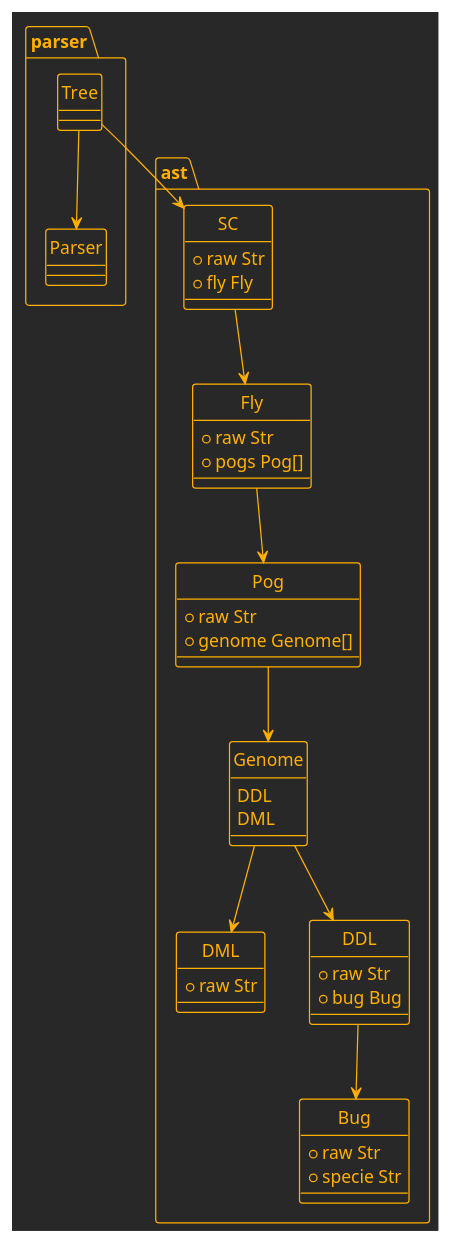
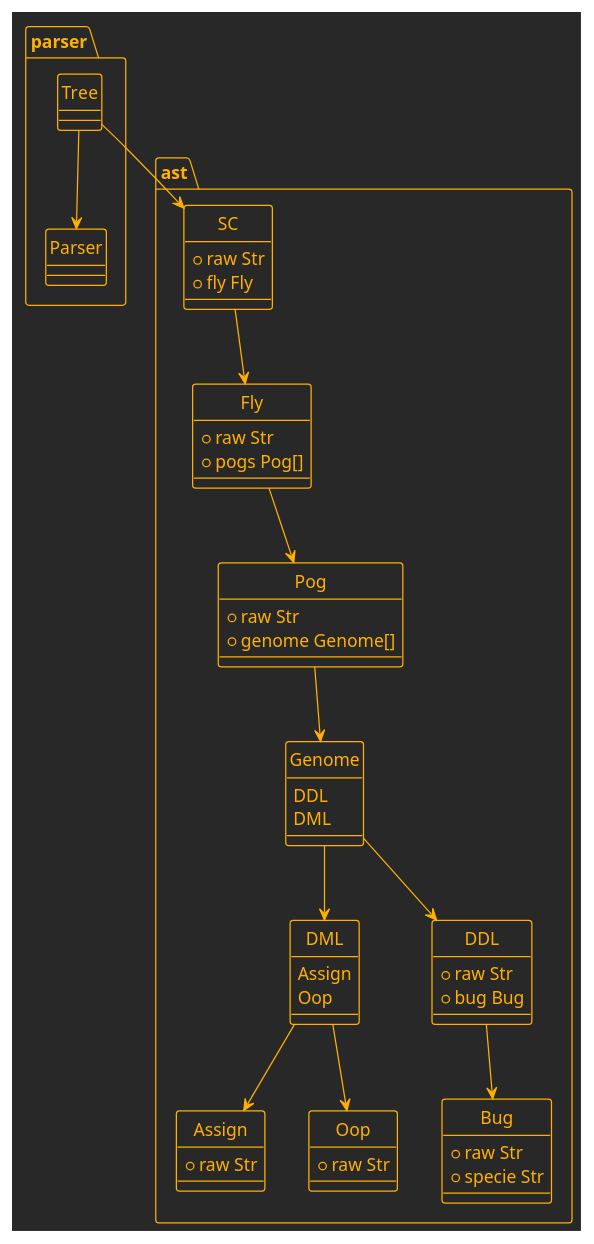
The diagram in doc/ast.puml (sc-land/dsl), drawn with PlantUML before and after one commit. The commit also changed 3 other files, not shown here.

First line of the commit message:
refactor: converte DML de struct para enum com variantes Assign e Oop

```diff
--- a/doc/ast.puml
+++ b/doc/ast.puml
@@ -1,62 +1,74 @@
 @startuml
+
 !theme crt-amber
 
 hide circle
 
 package ast {
     class SC {
         +raw Str
         +fly Fly
     }
 
     class Fly {
         +raw Str
         +pogs Pog[]
     }
 
     class Pog {
         +raw Str
         +genome Genome[]
     }
 
     enum Genome {
         DDL
         DML
     }
 
-    class DML {
+    enum DML {
+        Assign
+        Oop
+    }
+
+    class Assign {
         +raw Str
+    }
 
+    class Oop {
+        +raw Str
     }
 
     class DDL {
         +raw Str
         +bug Bug
     }
 
     class Bug {
         +raw Str
         +specie Str
     }
 }
 
 package parser {
     class Parser
     class Tree
 }
 
 parser.Tree --> ast.SC
 parser.Tree --> parser.Parser
 
 ast.SC --> ast.Fly
 
 ast.Fly --> ast.Pog
 
 ast.Pog --> ast.Genome
 
 ast.Genome --> ast.DDL
 ast.Genome --> ast.DML
 
+ast.DML --> ast.Assign
+ast.DML --> ast.Oop
+
 ast.DDL --> ast.Bug
 
 @enduml
```
